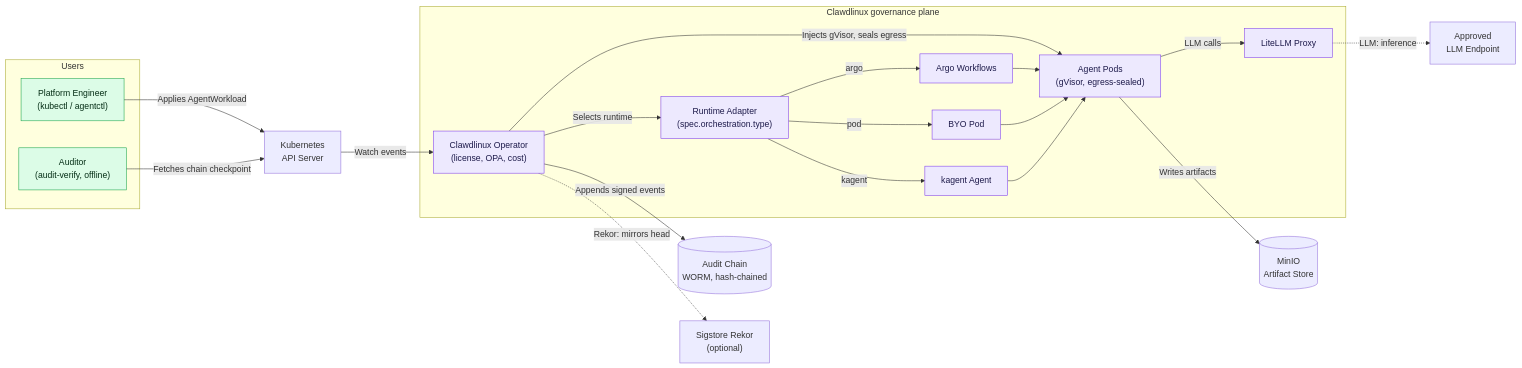
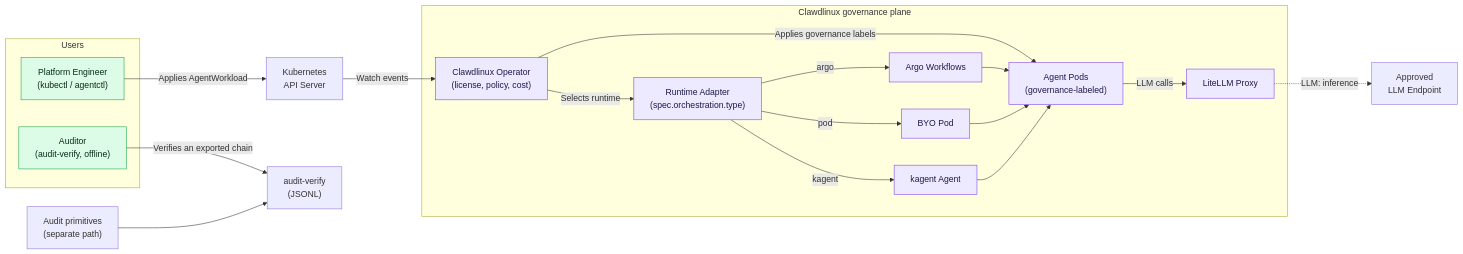
The diagram in docs/04-architecture.md (Clawdlinux/agentic-operator-core), drawn with Mermaid before and after one commit. The commit also changed other lines of this file and 25 other files, not shown here.

````diff
--- a/docs/04-architecture.md
+++ b/docs/04-architecture.md
@@ -11,46 +11,43 @@
 ```mermaid
 flowchart LR
     subgraph clients["Users"]
         PE["Platform Engineer<br/>(kubectl / agentctl)"]
         AUD["Auditor<br/>(audit-verify, offline)"]
     end
 
     API["Kubernetes<br/>API Server"]
 
     subgraph plane["Clawdlinux governance plane"]
-        OP["Clawdlinux Operator<br/>(license, OPA, cost)"]
+        OP["Clawdlinux Operator<br/>(license, policy, cost)"]
         RT["Runtime Adapter<br/>(spec.orchestration.type)"]
         ARGO["Argo Workflows"]
         POD["BYO Pod"]
         KAGENT["kagent Agent"]
-        PODS["Agent Pods<br/>(gVisor, egress-sealed)"]
+        PODS["Agent Pods<br/>(governance-labeled)"]
         PROXY["LiteLLM Proxy"]
     end
 
     LLMEP["Approved<br/>LLM Endpoint"]
-    MINIO[("MinIO<br/>Artifact Store")]
-    CHAIN[("Audit Chain<br/>WORM, hash-chained")]
-    REKOR["Sigstore Rekor<br/>(optional)"]
+    AUDIT["Audit primitives<br/>(separate path)"]
+    VERIFY["audit-verify<br/>(JSONL)"]
 
     PE -->|Applies AgentWorkload| API
-    AUD -->|Fetches chain checkpoint| API
+    AUD -->|Verifies an exported chain| VERIFY
     API -->|Watch events| OP
     OP -->|Selects runtime| RT
     RT -->|argo| ARGO
     RT -->|pod| POD
     RT -->|kagent| KAGENT
-    OP -->|Injects gVisor, seals egress| PODS
+    OP -->|Applies governance labels| PODS
     ARGO --> PODS
     POD --> PODS
     KAGENT --> PODS
     PODS -->|LLM calls| PROXY
     PROXY -.->|LLM: inference| LLMEP
-    PODS -->|Writes artifacts| MINIO
-    OP -->|Appends signed events| CHAIN
-    OP -.->|Rekor: mirrors head| REKOR
+    AUDIT --> VERIFY
 
     classDef plane fill:#ede9fe,stroke:#7c3aed,color:#1e1b4b;
     classDef clients fill:#dcfce7,stroke:#16a34a,color:#052e16;
     class OP,RT,ARGO,POD,KAGENT,PODS,PROXY plane;
     class PE,AUD clients;
 ```
````
